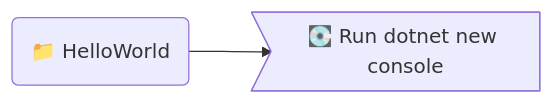
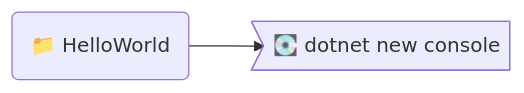
Before and after one commit to F4NT0/CSharp_Dotnet: the first of 3 diagrams in C#/README.md, drawn with Mermaid. The commit also changed other lines of this file and 8 other files, not shown here.

````diff
--- a/C#/README.md
+++ b/C#/README.md
@@ -16,4 +31,4 @@
 ```mermaid
 flowchart LR
-    A("#128193; HelloWorld") --> B>"💽 Run dotnet new console"]
+    A("#128193; HelloWorld") --> B>"💽 dotnet new console"]
 ```
````
